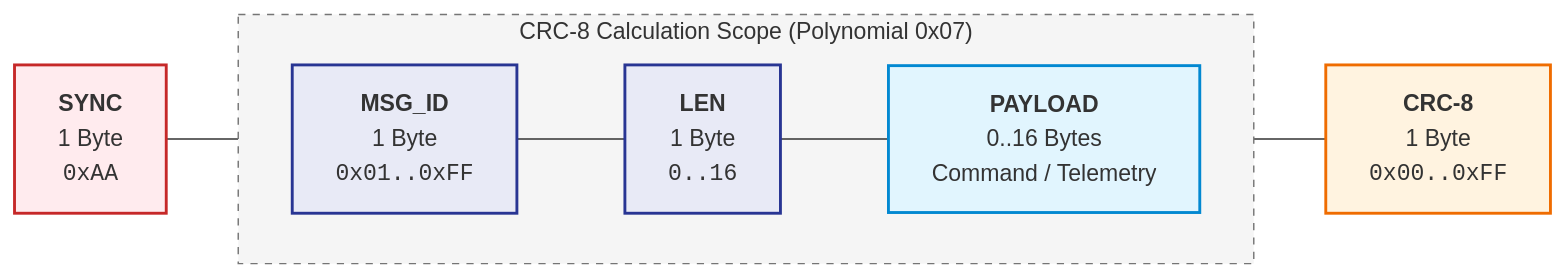
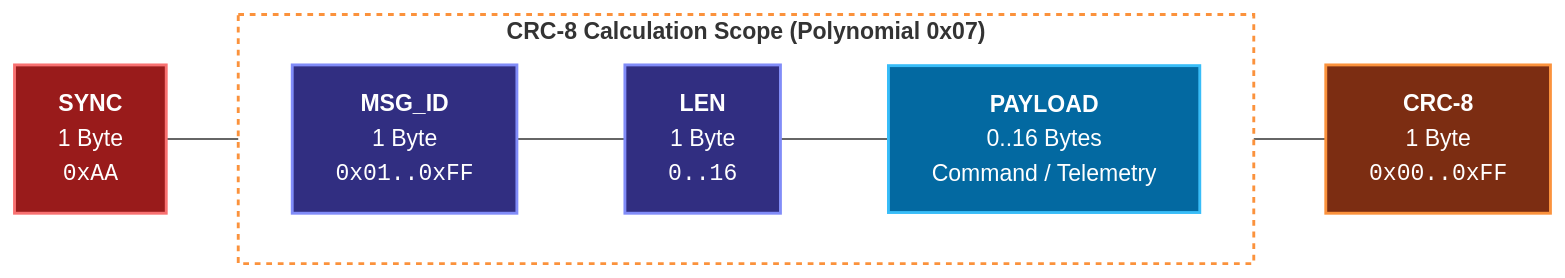
The first of 2 diagrams in sw/protocol.md (dof2bot/trackedbot), drawn with Mermaid before and after one commit. The commit also changed 8 other files, not shown here.

````diff
--- a/sw/protocol.md
+++ b/sw/protocol.md
@@ -22,24 +22,29 @@
 ```mermaid
 flowchart LR
     SYNC["<b>SYNC</b><br/>1 Byte<br/><code>0xAA</code>"]
     ID["<b>MSG_ID</b><br/>1 Byte<br/><code>0x01..0xFF</code>"]
     LEN["<b>LEN</b><br/>1 Byte<br/><code>0..16</code>"]
     PAYLOAD["<b>PAYLOAD</b><br/>0..16 Bytes<br/>Command / Telemetry"]
     CRC["<b>CRC-8</b><br/>1 Byte<br/><code>0x00..0xFF</code>"]
 
     SYNC --- ID --- LEN --- PAYLOAD --- CRC
 
-    subgraph CRC_SCOPE ["CRC-8 Calculation Scope (Polynomial 0x07)"]
+    subgraph CRC_SCOPE ["<b>CRC-8 Calculation Scope (Polynomial 0x07)</b>"]
         direction LR
         ID
         LEN
         PAYLOAD
     end
 
-    style SYNC fill:#ffebee,stroke:#c62828,stroke-width:2px
-    style ID fill:#e8eaf6,stroke:#283593,stroke-width:2px
-    style LEN fill:#e8eaf6,stroke:#283593,stroke-width:2px
-    style PAYLOAD fill:#e1f5fe,stroke:#0288d1,stroke-width:2px
-    style CRC fill:#fff3e0,stroke:#ef6c00,stroke-width:2px
-    style CRC_SCOPE fill:#f5f5f5,stroke:#757575,stroke-width:1px,stroke-dasharray: 5 5
+    classDef syncStyle fill:#991b1b,stroke:#f87171,stroke-width:2px,color:#ffffff;
+    classDef hdrStyle fill:#312e81,stroke:#818cf8,stroke-width:2px,color:#ffffff;
+    classDef payloadStyle fill:#0369a1,stroke:#38bdf8,stroke-width:2px,color:#ffffff;
+    classDef crcStyle fill:#7c2d12,stroke:#fb923c,stroke-width:2px,color:#ffffff;
+
+    class SYNC syncStyle;
+    class ID,LEN hdrStyle;
+    class PAYLOAD payloadStyle;
+    class CRC crcStyle;
+
+    style CRC_SCOPE fill:none,stroke:#fb923c,stroke-width:2px,stroke-dasharray: 4 4
 ```
````
